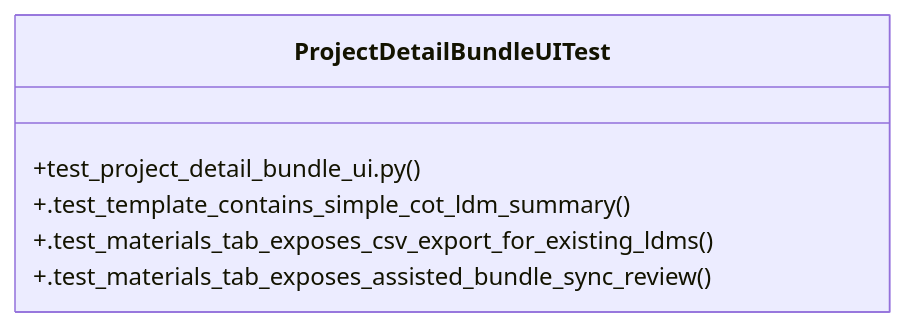
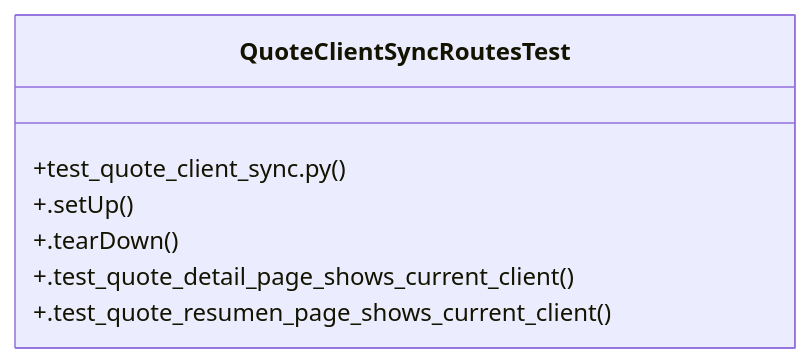
The diagram in graphify-out/wiki/Community_38.md (Daftrick/ProjectTracker), drawn with Mermaid before and after one commit. The commit also changed other lines of this file and 495 other files, not shown here.

````diff
--- a/graphify-out/wiki/Community_38.md
+++ b/graphify-out/wiki/Community_38.md
@@ -16,9 +16,10 @@
 ```mermaid
 classDiagram
-    class ProjectDetailBundleUITest {
-        +test_project_detail_bundle_ui.py()
-        +.test_template_contains_simple_cot_ldm_summary()
-        +.test_materials_tab_exposes_csv_export_for_existing_ldms()
-        +.test_materials_tab_exposes_assisted_bundle_sync_review()
+    class QuoteClientSyncRoutesTest {
+        +test_quote_client_sync.py()
+        +.setUp()
+        +.tearDown()
+        +.test_quote_detail_page_shows_current_client()
+        +.test_quote_resumen_page_shows_current_client()
     }
 ```
````
